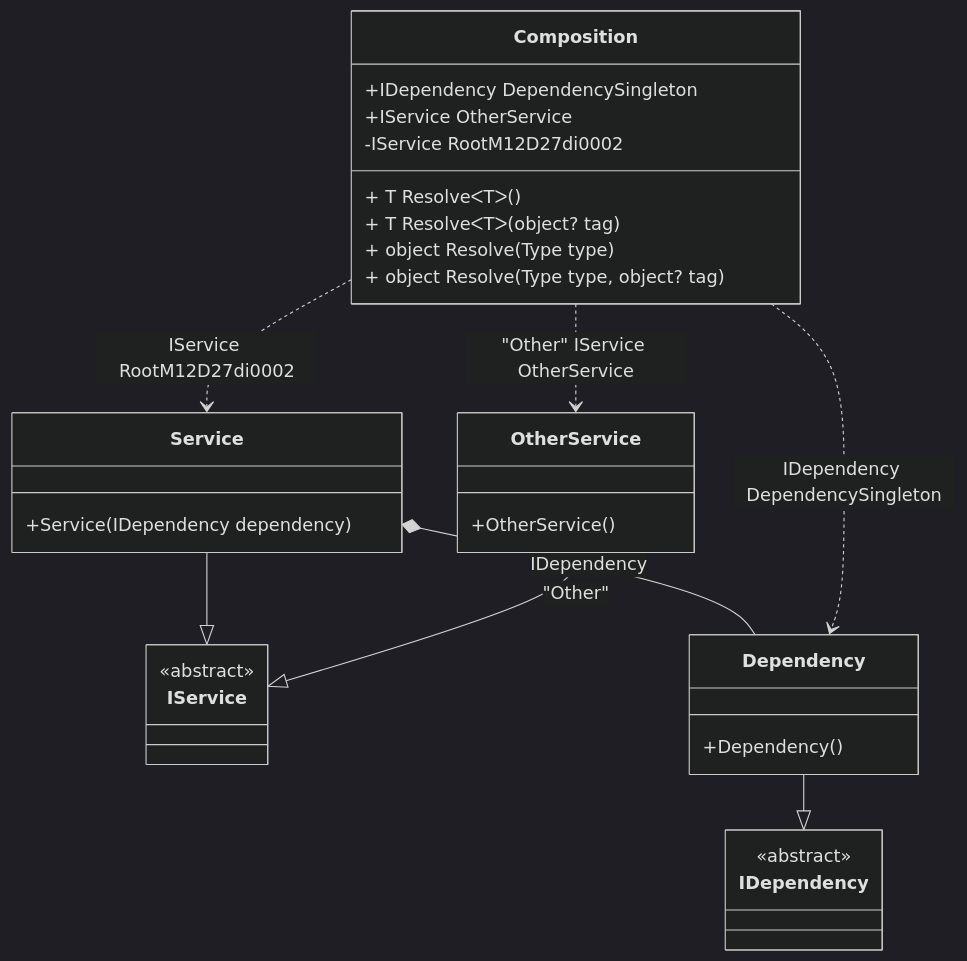
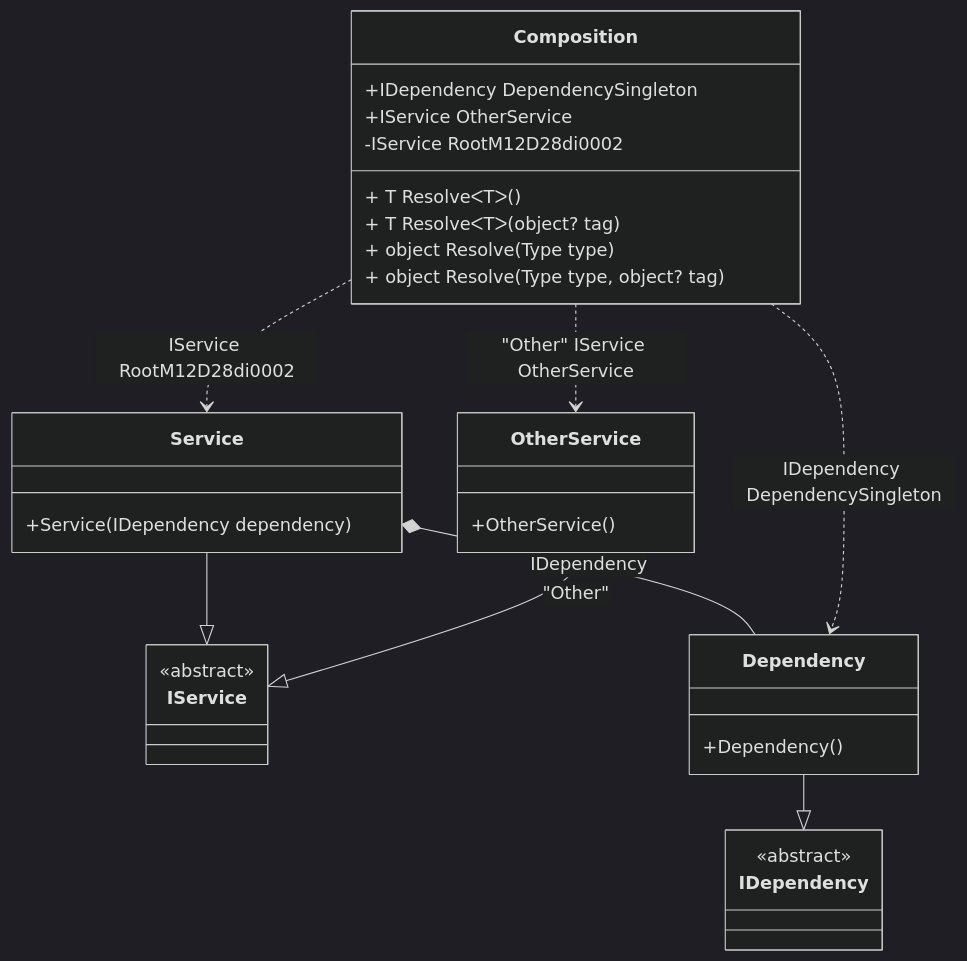
One commit to DevTeam/Pure.DI changed the diagram in readme/resolve-methods.md. Above: the diagram before and after it, drawn with Mermaid (dark theme). The commit also changed other lines of this file and 77 other files, not shown here.

````diff
--- a/readme/resolve-methods.md
+++ b/readme/resolve-methods.md
@@ -45,34 +45,34 @@
 ```mermaid
 classDiagram
   class Composition {
     +IDependency DependencySingleton
     +IService OtherService
-    -IService RootM12D27di0002
+    -IService RootM12D28di0002
     + T ResolveᐸTᐳ()
     + T ResolveᐸTᐳ(object? tag)
     + object Resolve(Type type)
     + object Resolve(Type type, object? tag)
   }
   Service --|> IService : 
   class Service {
     +Service(IDependency dependency)
   }
   Dependency --|> IDependency : 
   class Dependency {
     +Dependency()
   }
   OtherService --|> IService : "Other" 
   class OtherService {
     +OtherService()
   }
   class IService {
     <<abstract>>
   }
   class IDependency {
     <<abstract>>
   }
   Service *--  Dependency : IDependency
   Composition ..> Dependency : IDependency DependencySingleton
-  Composition ..> Service : IService RootM12D27di0002
+  Composition ..> Service : IService RootM12D28di0002
   Composition ..> OtherService : "Other" IService OtherService
 ```
````
